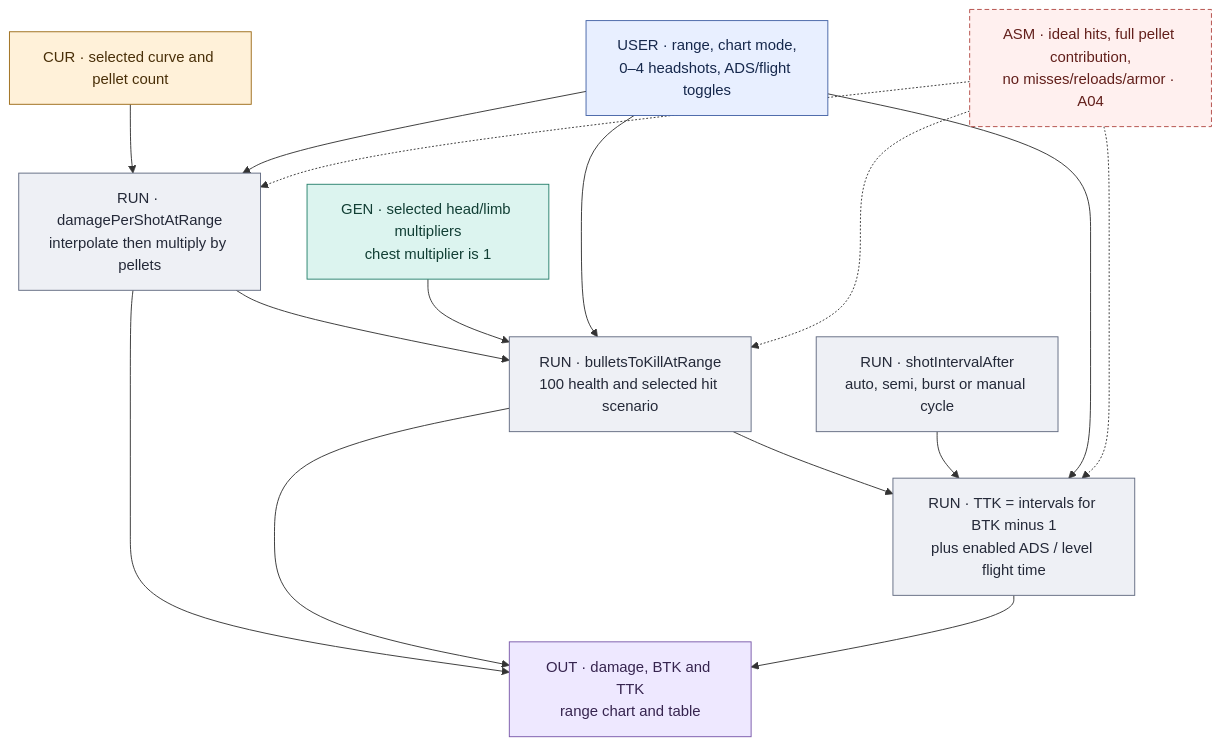
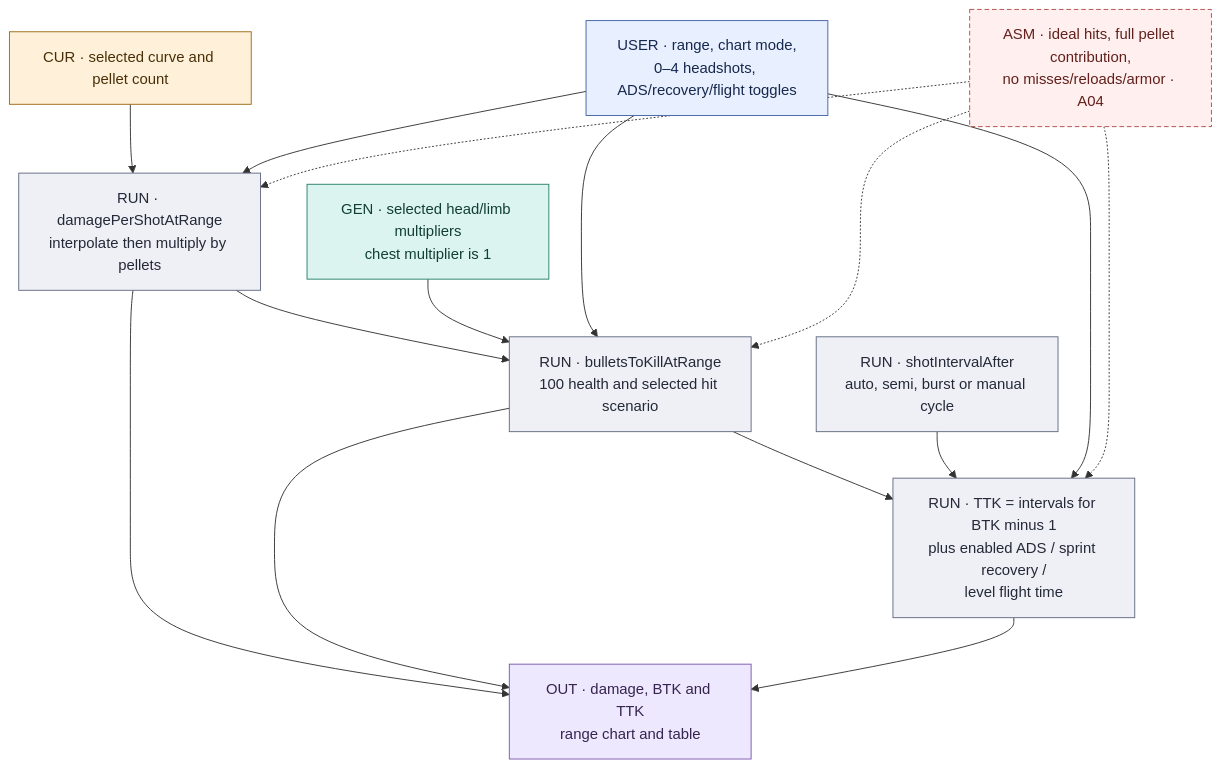
The second of 3 diagrams in docs/data-flow/DAMAGE_BALLISTICS.md (raymdl/BF6-Weapon-Analyzer), drawn with Mermaid before and after one commit. The commit also changed other lines of this file and 14 other files, not shown here.

First line of the commit message:
Docs and Atlas 30 Oct: guides and atlas follow the sidebar, dialog, control, chart, touch and build-label changes

````diff
--- a/docs/data-flow/DAMAGE_BALLISTICS.md
+++ b/docs/data-flow/DAMAGE_BALLISTICS.md
@@ -50,32 +50,32 @@
 ```mermaid
 flowchart TB
     C["CUR · selected curve and pellet count"]:::cur
-    U["USER · range, chart mode,<br/>0–4 headshots, ADS/flight toggles"]:::src
+    U["USER · range, chart mode,<br/>0–4 headshots, ADS/recovery/flight toggles"]:::src
     H["GEN · selected head/limb multipliers<br/>chest multiplier is 1"]:::gen
     D["RUN · damagePerShotAtRange<br/>interpolate then multiply by pellets"]:::run
     B["RUN · bulletsToKillAtRange<br/>100 health and selected hit scenario"]:::run
     I["RUN · shotIntervalAfter<br/>auto, semi, burst or manual cycle"]:::run
-    K["RUN · TTK = intervals for BTK minus 1<br/>plus enabled ADS / level flight time"]:::run
+    K["RUN · TTK = intervals for BTK minus 1<br/>plus enabled ADS / sprint recovery /<br/>level flight time"]:::run
     O["OUT · damage, BTK and TTK<br/>range chart and table"]:::out
     A["ASM · ideal hits, full pellet contribution,<br/>no misses/reloads/armor · A04"]:::asm
     C --> D
     U --> D
     D --> B
     H --> B
     U --> B
     B --> K
     I --> K
     U --> K
     D --> O
     B --> O
     K --> O
     A -.-> D
     A -.-> B
     A -.-> K
     classDef src fill:#e8efff,stroke:#4463a6,color:#16284c
     classDef cur fill:#fff1d9,stroke:#9c6b17,color:#492f08
     classDef gen fill:#dcf4ef,stroke:#27806c,color:#123f35
     classDef run fill:#eef0f5,stroke:#616a80,color:#242938
     classDef asm fill:#fff0ef,stroke:#b34c46,color:#621f1b,stroke-dasharray:5 3
     classDef out fill:#eee8ff,stroke:#7958aa,color:#36244f
 ```
````
